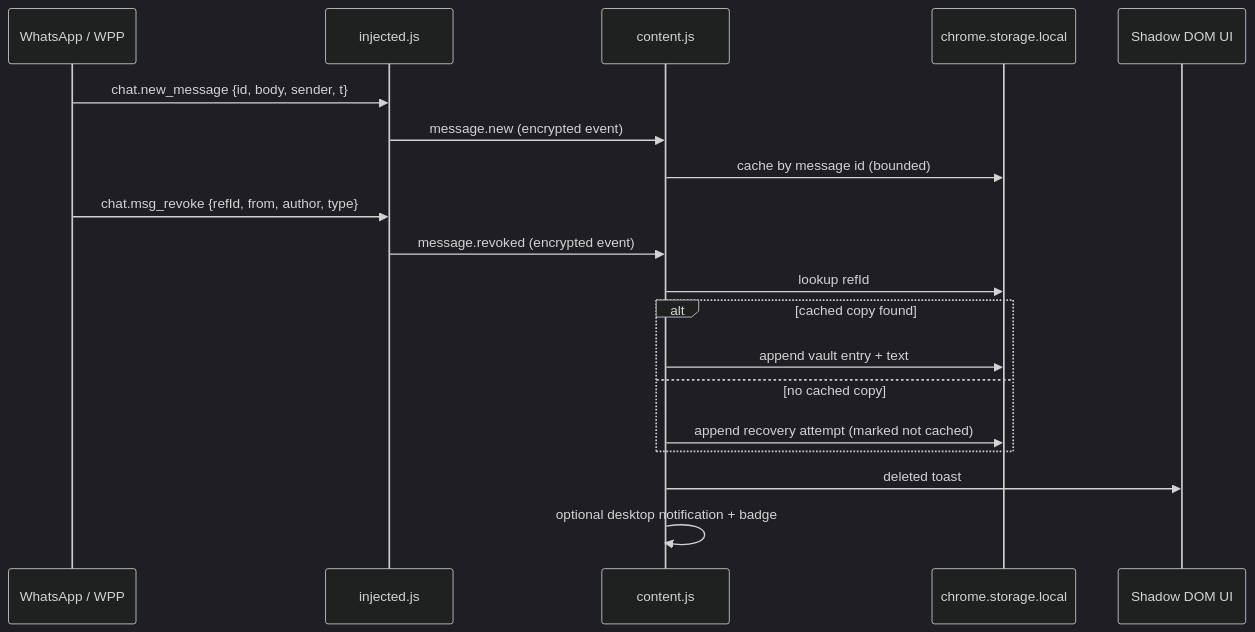
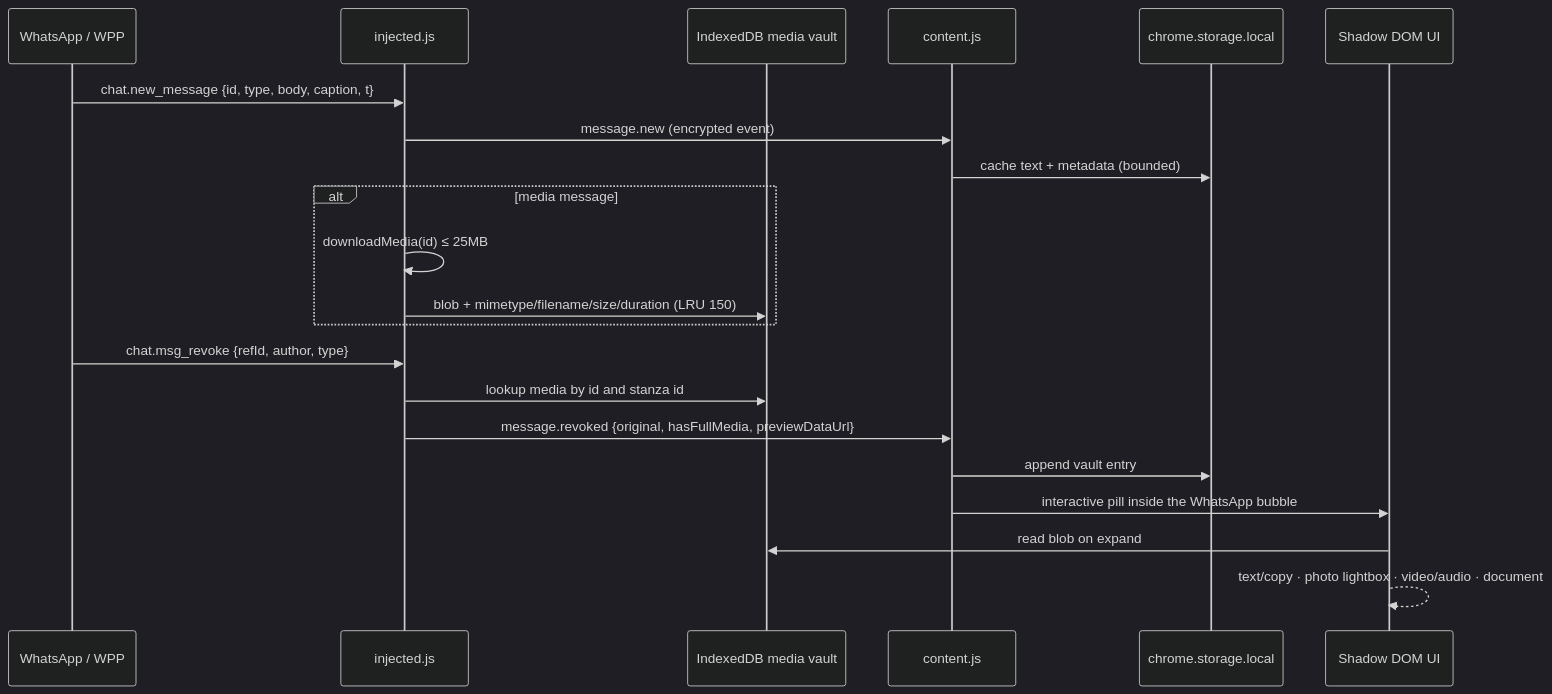
Before and after one commit to ALSRKAL/MadarWA: the second of 4 diagrams in README.md, drawn with Mermaid (dark theme). The commit also changed other lines of this file and 1 other file, not shown here.

Commit message:
docs: document interactive anti-delete, media vault and progressive UX

````diff
--- a/README.md
+++ b/README.md
@@ -104,22 +106,24 @@
 ```mermaid
 sequenceDiagram
   participant WA as WhatsApp / WPP
   participant MAIN as injected.js
+  participant IDB as IndexedDB media vault
   participant ISO as content.js
   participant DB as chrome.storage.local
   participant UI as Shadow DOM UI
 
-  WA->>MAIN: chat.new_message {id, body, sender, t}
+  WA->>MAIN: chat.new_message {id, type, body, caption, t}
   MAIN->>ISO: message.new (encrypted event)
-  ISO->>DB: cache by message id (bounded)
-  WA->>MAIN: chat.msg_revoke {refId, from, author, type}
-  MAIN->>ISO: message.revoked (encrypted event)
-  ISO->>DB: lookup refId
-  alt cached copy found
-    ISO->>DB: append vault entry + text
-  else no cached copy
-    ISO->>DB: append recovery attempt (marked not cached)
+  ISO->>DB: cache text + metadata (bounded)
+  alt media message
+    MAIN->>MAIN: downloadMedia(id) ≤ 25MB
+    MAIN->>IDB: blob + mimetype/filename/size/duration (LRU 150)
   end
-  ISO->>UI: deleted toast
-  ISO->>ISO: optional desktop notification + badge
+  WA->>MAIN: chat.msg_revoke {refId, author, type}
+  MAIN->>IDB: lookup media by id and stanza id
+  MAIN->>ISO: message.revoked {original, hasFullMedia, previewDataUrl}
+  ISO->>DB: append vault entry
+  ISO->>UI: interactive pill inside the WhatsApp bubble
+  UI->>IDB: read blob on expand
+  UI-->>UI: text/copy · photo lightbox · video/audio · document
 ```
````
